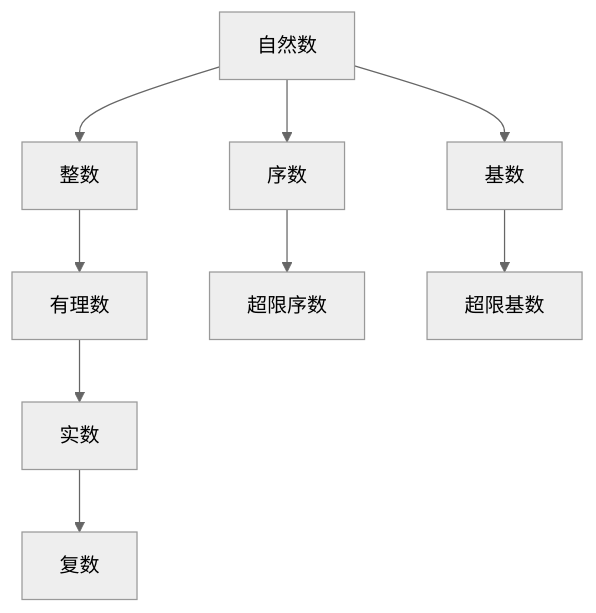
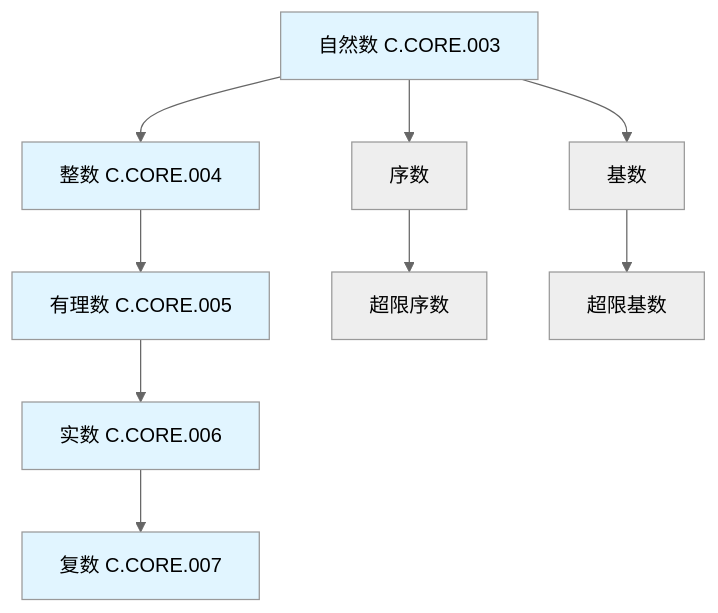
One commit to AdaMartin18010/FormalMath changed the third of 22 diagrams in concept/05-知识关联网络/01-概念级关联网络.md. Above: the diagram before and after it, drawn with Mermaid (neutral theme). The commit also changed other lines of this file and 45 other files, not shown here.

````diff
--- a/concept/05-知识关联网络/01-概念级关联网络.md
+++ b/concept/05-知识关联网络/01-概念级关联网络.md
@@ -124,11 +148,17 @@
 ```mermaid
 graph TD
-    A[自然数] --> B[整数]
-    B --> C[有理数]
-    C --> D[实数]
-    D --> E[复数]
+    A[自然数 C.CORE.003] --> B[整数 C.CORE.004]
+    B --> C[有理数 C.CORE.005]
+    C --> D[实数 C.CORE.006]
+    D --> E[复数 C.CORE.007]
     A --> F[序数]
     A --> G[基数]
     F --> H[超限序数]
     G --> I[超限基数]
+
+    style A fill:#e1f5ff
+    style B fill:#e1f5ff
+    style C fill:#e1f5ff
+    style D fill:#e1f5ff
+    style E fill:#e1f5ff
 ```
````
